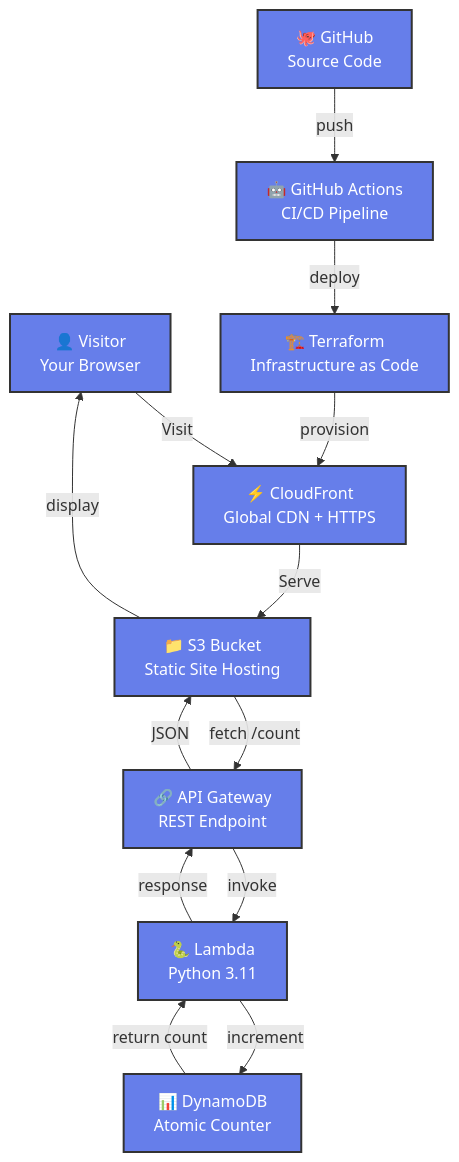
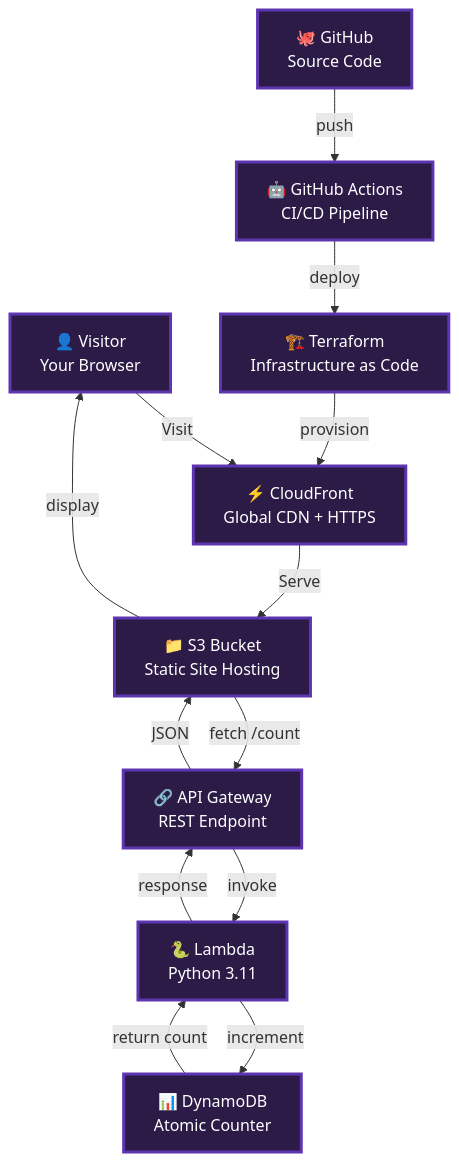
The diagram in README.md (stanleyjnrkanzara-wq/Cloud-Resume-Challenge), drawn with Mermaid before and after one commit. The commit also changed other lines of this file, not shown here.

Commit message:
Enhance mermaid diagram with dark purple styling

````diff
--- a/README.md
+++ b/README.md
@@ -45,29 +45,29 @@
 ```mermaid
 graph TB
     User["👤 Visitor<br/>Your Browser"]
     CF["⚡ CloudFront<br/>Global CDN + HTTPS"]
     S3["📁 S3 Bucket<br/>Static Site Hosting"]
     APIGW["🔗 API Gateway<br/>REST Endpoint"]
     Lambda["🐍 Lambda<br/>Python 3.11"]
     DDB["📊 DynamoDB<br/>Atomic Counter"]
     
     GH["🐙 GitHub<br/>Source Code"]
     GHA["🤖 GitHub Actions<br/>CI/CD Pipeline"]
     TF["🏗️ Terraform<br/>Infrastructure as Code"]
     
     User -->|Visit| CF
     CF -->|Serve| S3
     S3 -->|fetch /count| APIGW
     APIGW -->|invoke| Lambda
     Lambda -->|increment| DDB
     DDB -->|return count| Lambda
     Lambda -->|response| APIGW
     APIGW -->|JSON| S3
     S3 -->|display| User
     
     GH -->|push| GHA
     GHA -->|deploy| TF
     TF -->|provision| CF
     
-    classDef default fill:#667eea,stroke:#333,stroke-width:2px,color:#fff
+    classDef default fill:#2C1B47,stroke:#5E35B1,stroke-width:3px,color:#fff
 ```
````
